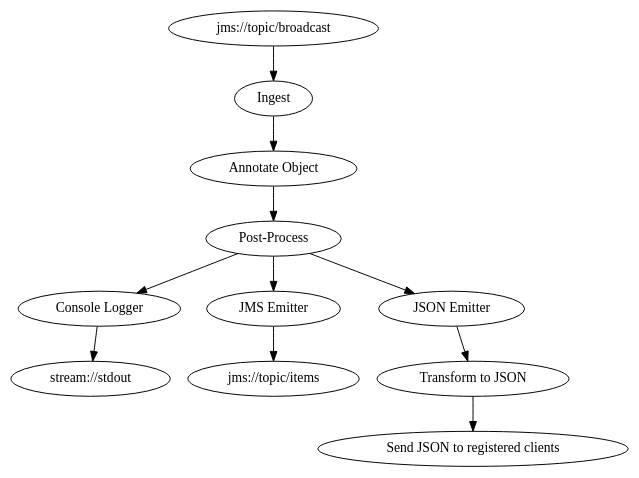
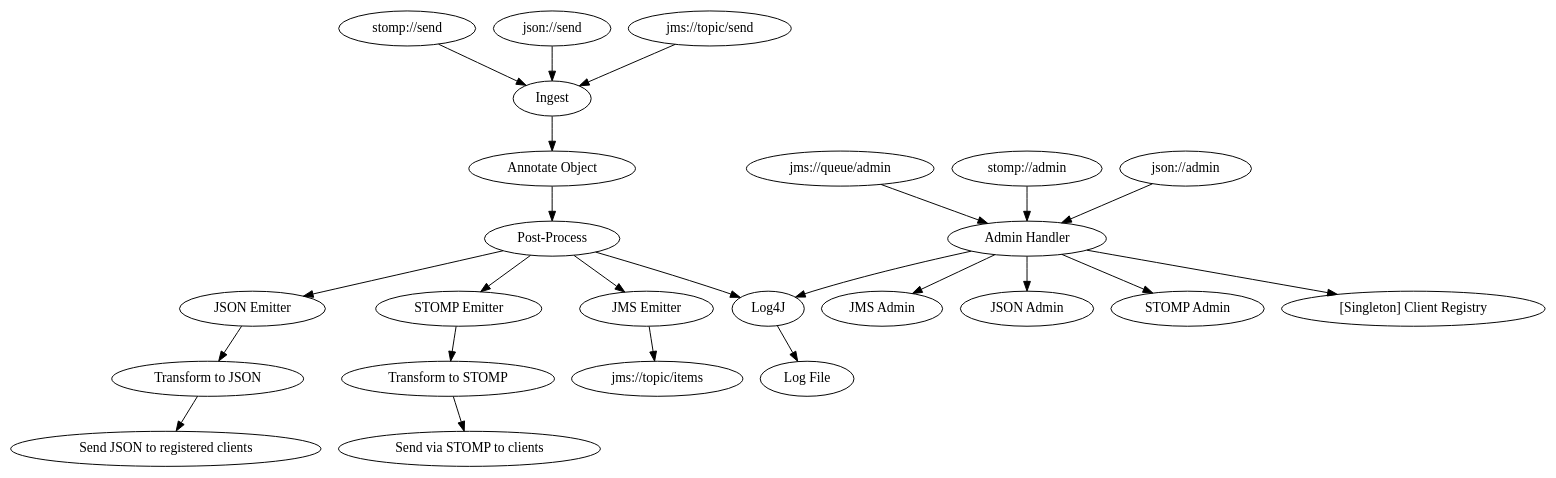
Before and after one commit to dtenenbaum/mif-gaggle: the diagram in src/main/doc/overview.dot, drawn with Graphviz. The commit also changed 12 other files, not shown here.

```diff
--- a/src/main/doc/overview.dot
+++ b/src/main/doc/overview.dot
@@ -1,12 +1,27 @@
 digraph overview {
-	"jms://topic/broadcast" -> "Ingest"
+	"stomp://send" -> "Ingest"
+	"json://send" -> "Ingest"
+	"jms://topic/send" -> "Ingest"
 	"Ingest" -> "Annotate Object"
 	"Annotate Object" -> "Post-Process"
-	"Post-Process" -> "Console Logger"
+	"Post-Process" -> "Log4J"
 	"Post-Process" -> "JMS Emitter"
 	"Post-Process" -> "JSON Emitter"
-	"Console Logger" -> "stream://stdout"
+	"Post-Process" -> "STOMP Emitter"
 	"JMS Emitter" -> "jms://topic/items"
 	"JSON Emitter" -> "Transform to JSON"
+	"STOMP Emitter" -> "Transform to STOMP"
 	"Transform to JSON" -> "Send JSON to registered clients"
+	"Transform to STOMP" -> "Send via STOMP to clients"
+
+	"jms://queue/admin" -> "Admin Handler"
+	"stomp://admin" -> "Admin Handler"
+	"json://admin" -> "Admin Handler"
+	"Admin Handler" -> "JMS Admin"
+	"Admin Handler" -> "JSON Admin"
+	"Admin Handler" -> "STOMP Admin"
+	"Admin Handler" -> "Log4J"
+	"Admin Handler" -> "[Singleton] Client Registry"
+
+	"Log4J" -> "Log File"
 }
```
